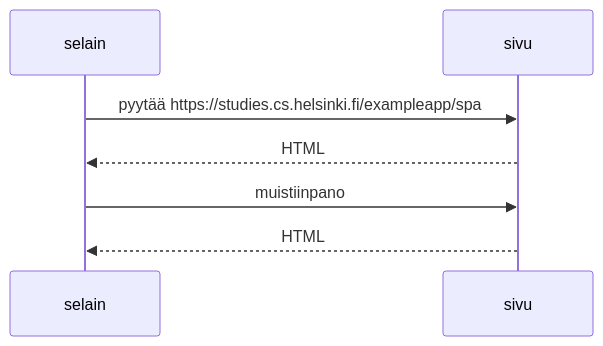
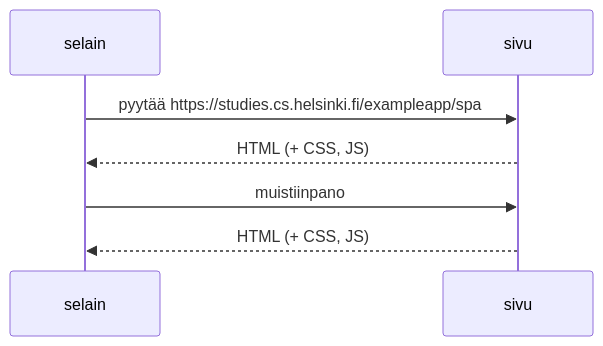
Before and after one commit to Robsoni99/Ohjelmointi-2-vuosi: the diagram in Web-sovellusten-toimintaperiaatteet/0-6.md, drawn with Mermaid.

````diff
--- a/Web-sovellusten-toimintaperiaatteet/0-6.md
+++ b/Web-sovellusten-toimintaperiaatteet/0-6.md
@@ -1,11 +1,11 @@
 ```mermaid
 sequenceDiagram
     participant selain
     participant sivu
     
     selain->>sivu: pyytää https://studies.cs.helsinki.fi/exampleapp/spa
-    sivu-->>selain: HTML
+    sivu-->>selain: HTML (+ CSS, JS)
 
     selain->>sivu: muistiinpano
-    sivu-->>selain: HTML
+    sivu-->>selain: HTML (+ CSS, JS)
 ```
````
